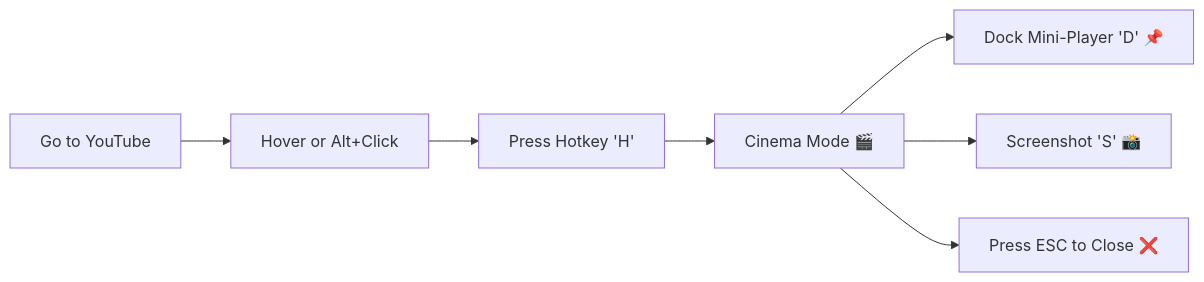
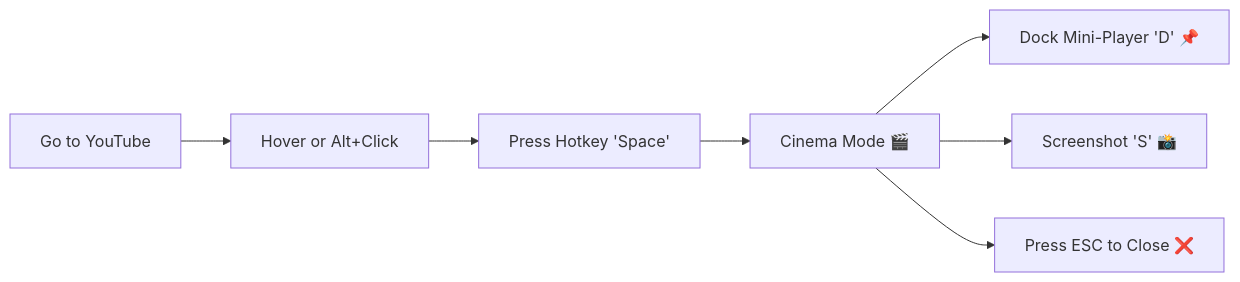
One commit to simoabid/YT-Cinema-Mode changed the diagram in README.md. Above: the diagram before and after it, drawn with Mermaid. The commit also changed other lines of this file and 58 other files, not shown here.

````diff
--- a/README.md
+++ b/README.md
@@ -145,9 +175,9 @@
 ```mermaid
 graph LR
     A[Go to YouTube] --> B[Hover or Alt+Click]
-    B --> C[Press Hotkey 'H']
+    B --> C[Press Hotkey 'Space']
     C --> D[Cinema Mode 🎬]
     D --> E[Dock Mini-Player 'D' 📌]
     D --> F[Screenshot 'S' 📸]
     D --> G[Press ESC to Close ❌]
 ```
````
